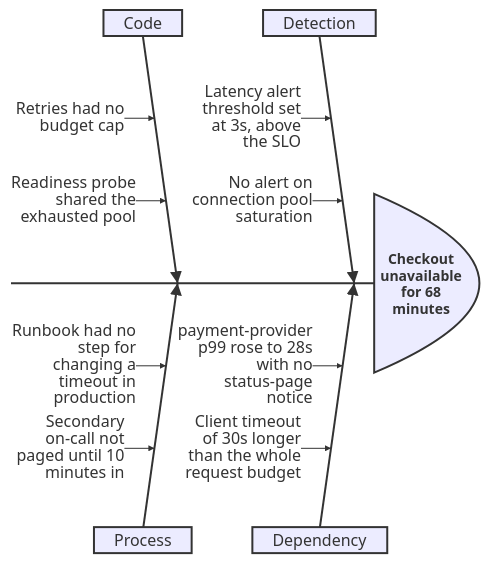
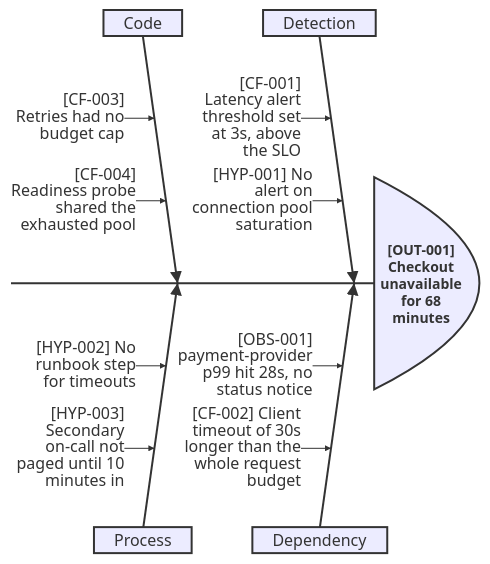
Before and after one commit to flatrick/agent-skills: the seventh of 9 diagrams in mastery-of-mermaid/references/scenario-operations.md, drawn with Mermaid. The commit also changed other lines of this file and 7 other files, not shown here.

````diff
--- a/mastery-of-mermaid/references/scenario-operations.md
+++ b/mastery-of-mermaid/references/scenario-operations.md
@@ -327,16 +331,17 @@
 ```mermaid
 ishikawa-beta
-    Checkout unavailable for 68 minutes
+    %% Candidate-factor map only. Inclusion does not prove causation.
+    [OUT-001] Checkout unavailable for 68 minutes
     Detection
-        Latency alert threshold set at 3s, above the SLO
-        No alert on connection pool saturation
+        [CF-001] Latency alert threshold set at 3s, above the SLO
+        [HYP-001] No alert on connection pool saturation
     Dependency
-        payment-provider p99 rose to 28s with no status-page notice
-        Client timeout of 30s longer than the whole request budget
+        [OBS-001] payment-provider p99 hit 28s, no status notice
+        [CF-002] Client timeout of 30s longer than the whole request budget
     Code
-        Retries had no budget cap
-        Readiness probe shared the exhausted pool
+        [CF-003] Retries had no budget cap
+        [CF-004] Readiness probe shared the exhausted pool
     Process
-        Runbook had no step for changing a timeout in production
-        Secondary on-call not paged until 10 minutes in
+        [HYP-002] No runbook step for timeouts
+        [HYP-003] Secondary on-call not paged until 10 minutes in
 ```
````
